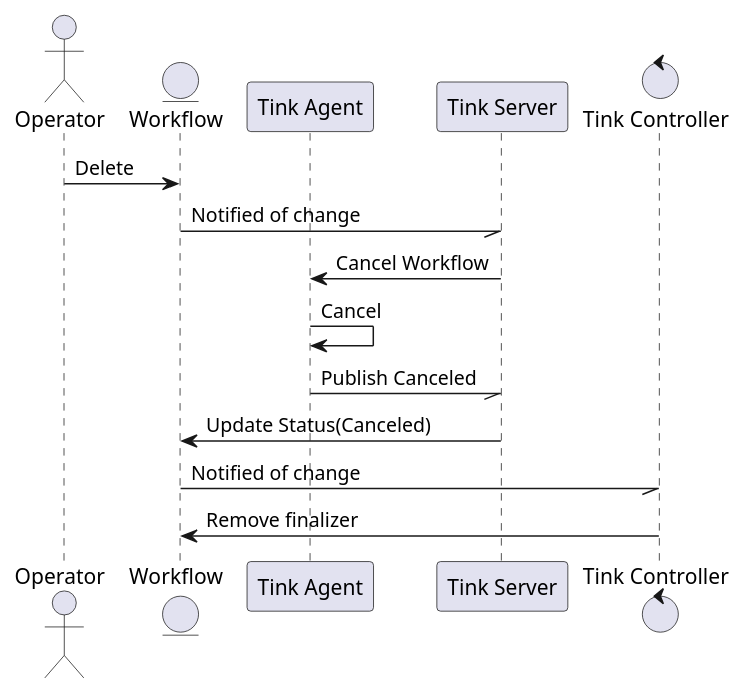
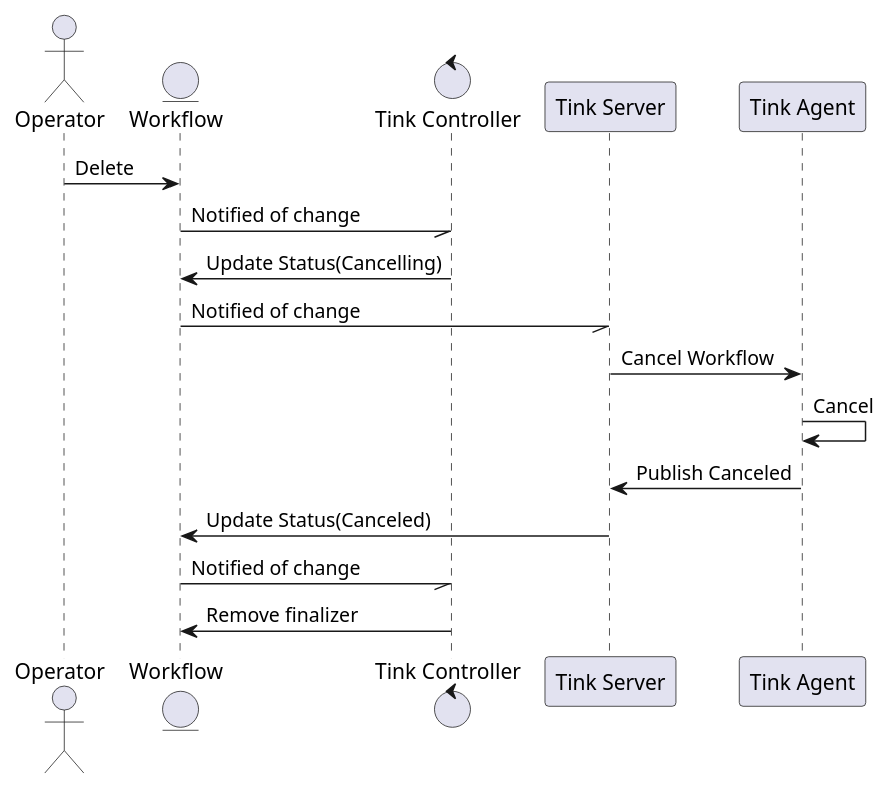
Before and after one commit to chrisdoherty4/tinkerbell-roadmap: the diagram in design/images/230728_tinkerbell_workflow_execution/cancelling-workflow.pu, drawn with PlantUML. The commit also changed 4 other files, not shown here.

```diff
--- a/design/images/230728_tinkerbell_workflow_execution/cancelling-workflow.pu
+++ b/design/images/230728_tinkerbell_workflow_execution/cancelling-workflow.pu
@@ -1,19 +1,21 @@
 @startuml cancelling-workflow
 
 
 actor "Operator" as operator
 entity Workflow as workflow
+control "Tink Controller" as controller
+participant "Tink Server" as server
 participant "Tink Agent" as agent
-participant "Tink Server" as server
-control "Tink Controller" as controller
 
 operator -> workflow : Delete
+workflow -// controller : Notified of change
+controller -> workflow : Update Status(Cancelling)
 workflow -// server : Notified of change
 server -> agent : Cancel Workflow
 agent -> agent : Cancel
-agent -// server : Publish Canceled
+agent -> server : Publish Canceled
 server -> workflow : Update Status(Canceled)
 workflow -// controller : Notified of change
 controller -> workflow : Remove finalizer
 
 @enduml
```
